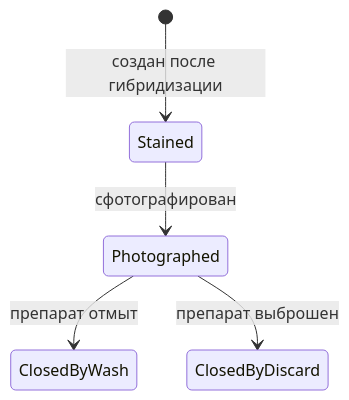
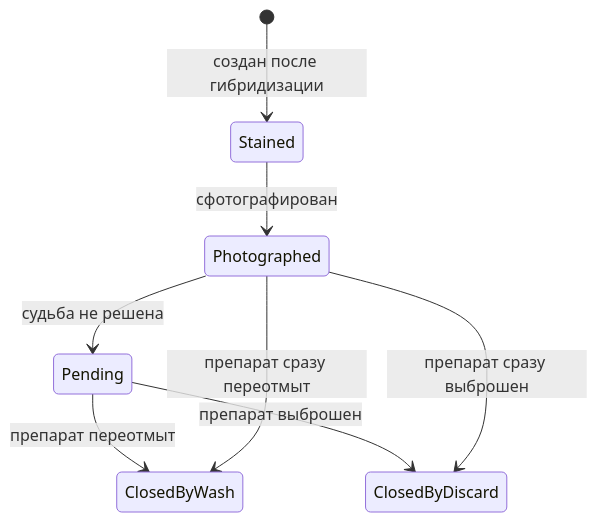
The fourth of 4 diagrams in docs/журнал/03_статусы_и_жизненные_циклы.md (Sycheslav/karyolab), drawn with Mermaid before and after one commit. The commit also changed other lines of this file and 174 other files, not shown here.

Commit message:
Remove unused canvas file, update graph scaling in configuration, and enhance documentation on karyotype and anomaly classifications. Introduce saved comparison feature for better data management and improve event handling in the workflow.

````diff
--- a/docs/журнал/03_статусы_и_жизненные_циклы.md
+++ b/docs/журнал/03_статусы_и_жизненные_циклы.md
@@ -83,7 +89,10 @@
 ```mermaid
 stateDiagram-v2
     [*] --> Stained: создан после гибридизации
     Stained --> Photographed: сфотографирован
-    Photographed --> ClosedByWash: препарат отмыт
-    Photographed --> ClosedByDiscard: препарат выброшен
+    Photographed --> Pending: судьба не решена
+    Pending --> ClosedByWash: препарат переотмыт
+    Pending --> ClosedByDiscard: препарат выброшен
+    Photographed --> ClosedByWash: препарат сразу переотмыт
+    Photographed --> ClosedByDiscard: препарат сразу выброшен
 ```
````
